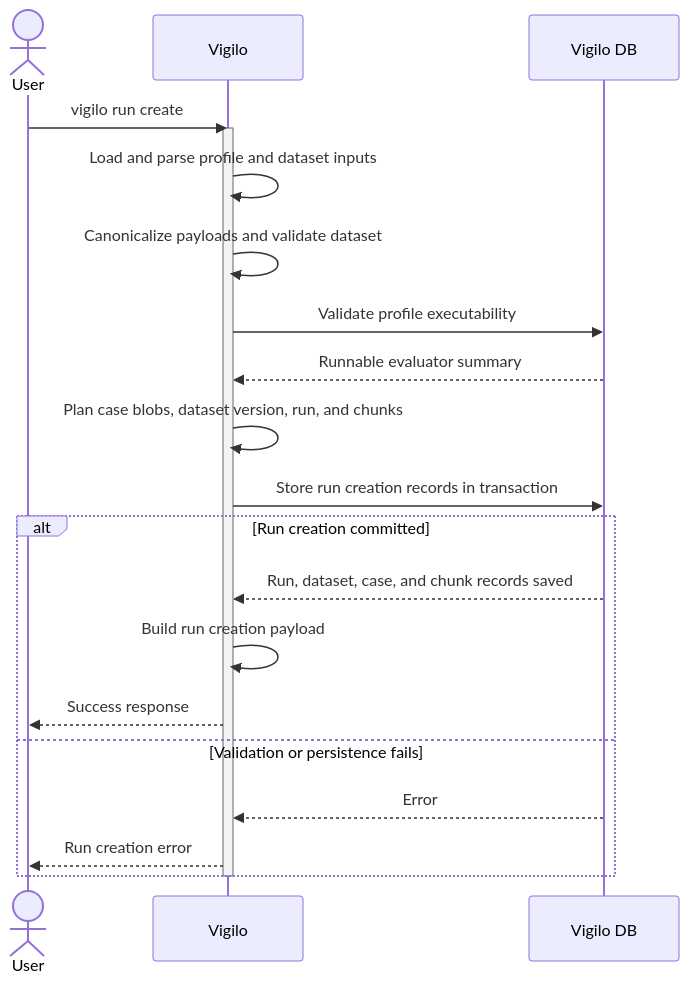
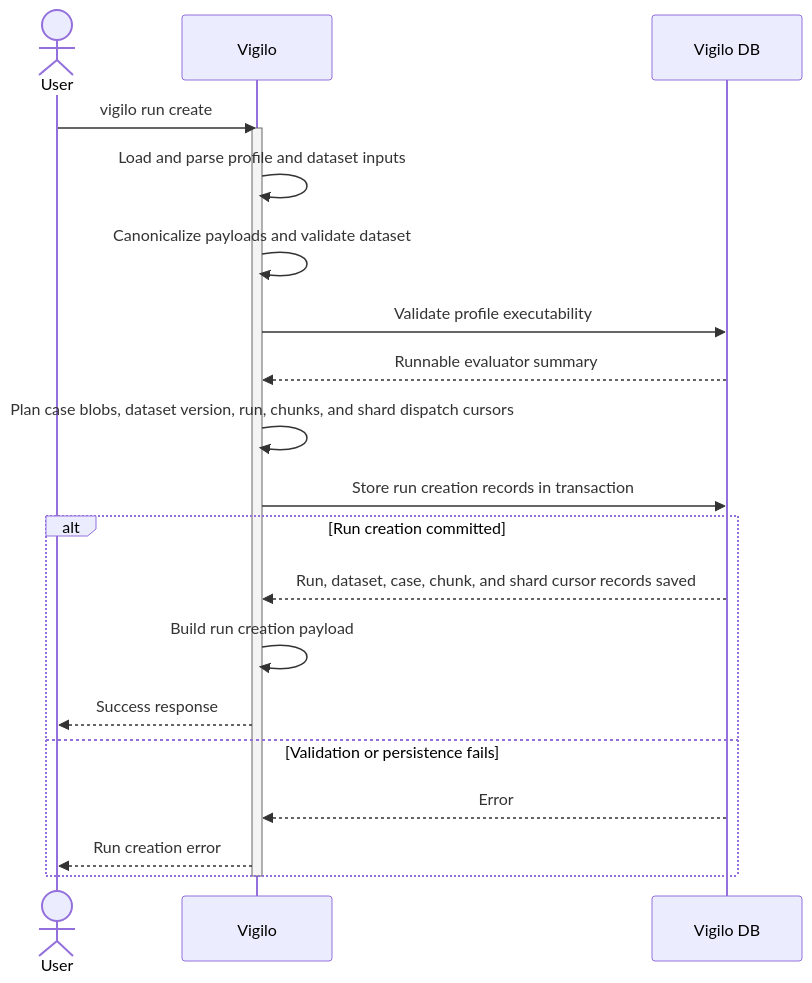
Before and after one commit to gregl83/agent-vigilo: the diagram in web/docs/architecture/flows/run/create/execution-flow.mmd, drawn with Mermaid. The commit also changed 28 other files, not shown here.

First line of the commit message:
refactor chunk dispatching to user cursors

```diff
--- a/web/docs/architecture/flows/run/create/execution-flow.mmd
+++ b/web/docs/architecture/flows/run/create/execution-flow.mmd
@@ -1,34 +1,34 @@
 ---
 config:
   flowchart:
     nodeSpacing: 150
     rankSpacing: 80
   themeVariables:
     edgeLabelBackground: 'transparent'
 ---
 sequenceDiagram
     actor User
     participant Vigilo
     participant DB as Vigilo DB
 
     User->>Vigilo: vigilo run create
     activate Vigilo
 
     Vigilo->>Vigilo: Load and parse profile and dataset inputs
     Vigilo->>Vigilo: Canonicalize payloads and validate dataset
     Vigilo->>DB: Validate profile executability
     DB-->>Vigilo: Runnable evaluator summary
 
-    Vigilo->>Vigilo: Plan case blobs, dataset version, run, and chunks
+    Vigilo->>Vigilo: Plan case blobs, dataset version, run, chunks, and shard dispatch cursors
     Vigilo->>DB: Store run creation records in transaction
 
     alt Run creation committed
-        DB-->>Vigilo: Run, dataset, case, and chunk records saved
+        DB-->>Vigilo: Run, dataset, case, chunk, and shard cursor records saved
         Vigilo->>Vigilo: Build run creation payload
         Vigilo-->>User: Success response
     else Validation or persistence fails
         DB-->>Vigilo: Error
         Vigilo-->>User: Run creation error
     end
 
     deactivate Vigilo
```
